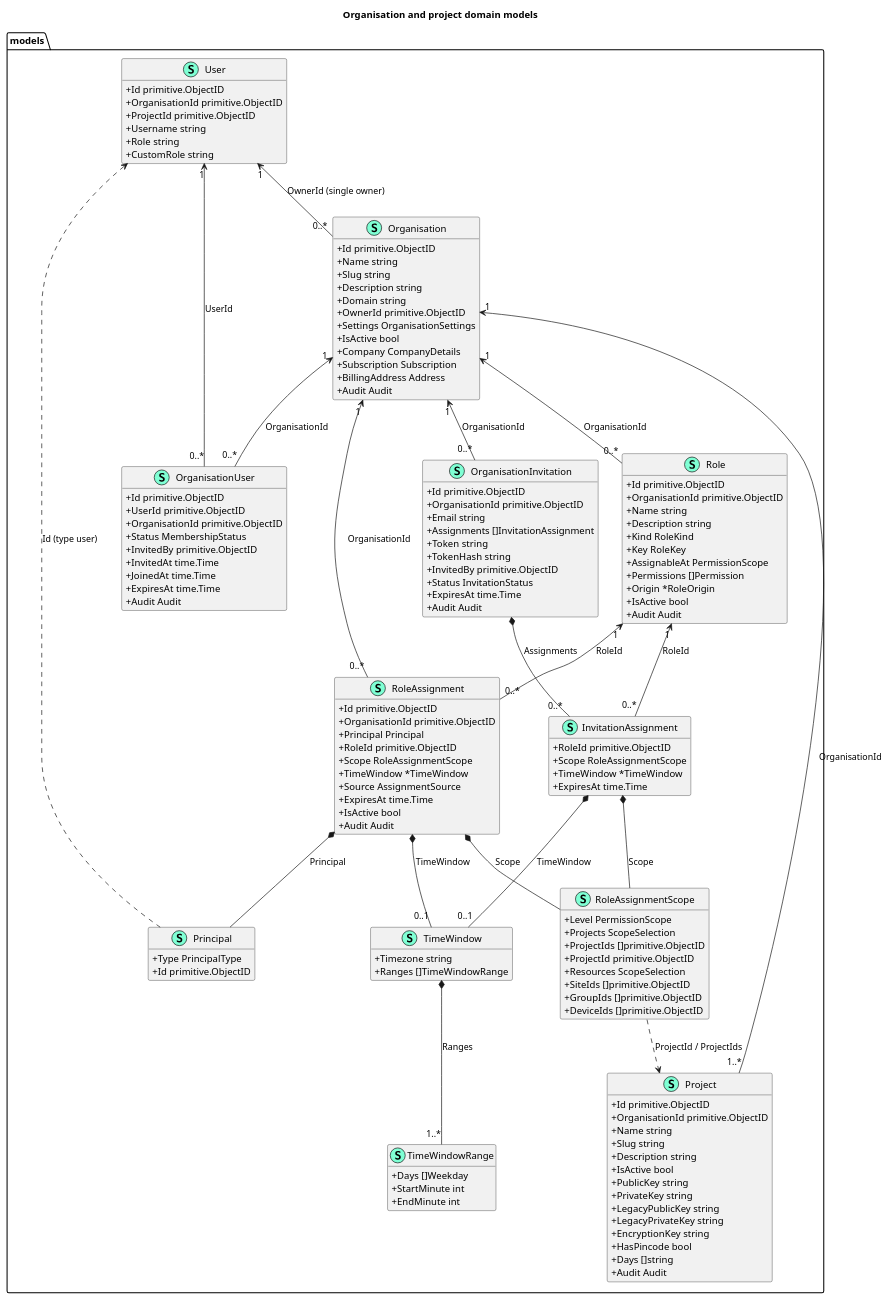
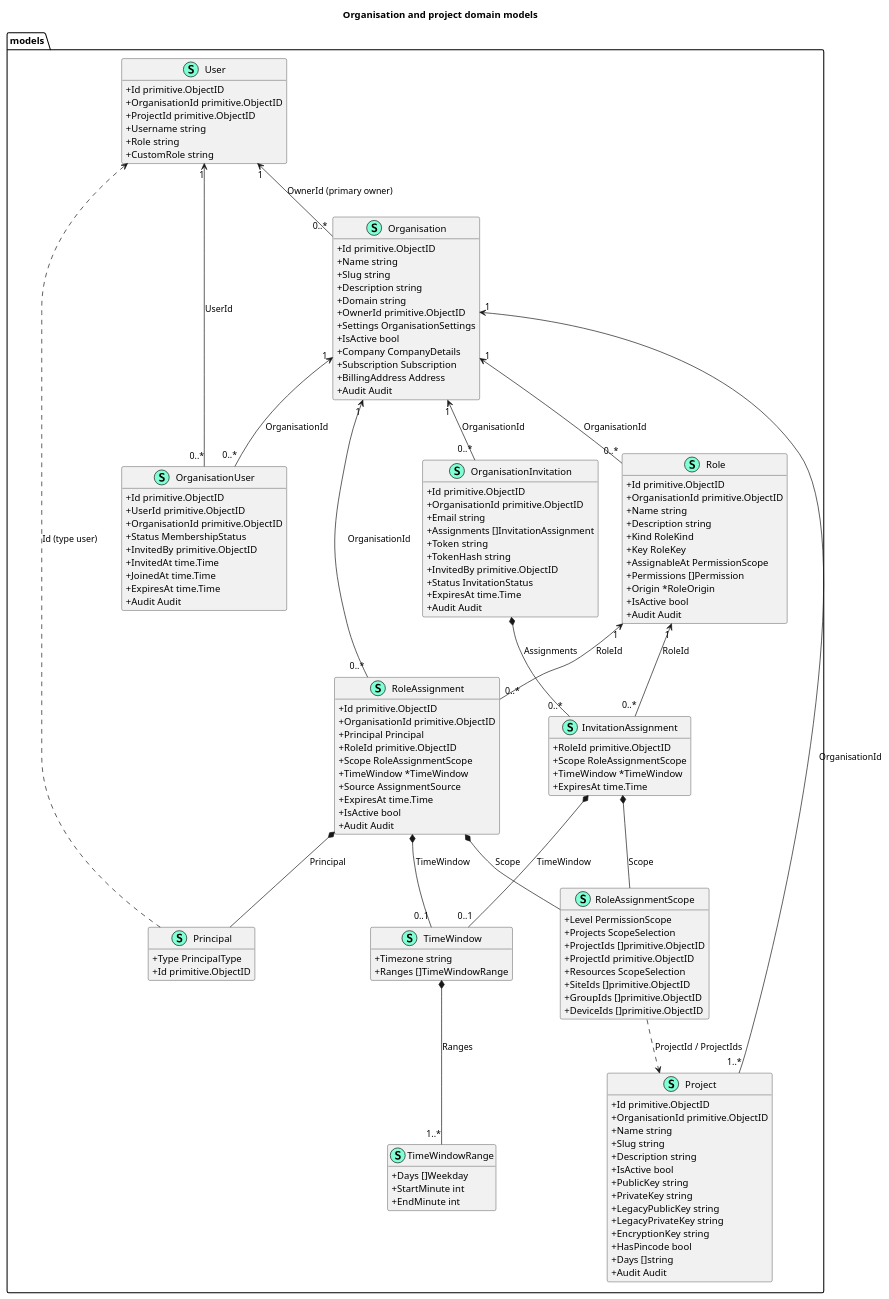
One commit to uug-ai/learn changed the diagram in app/content/docs/hub/organisations/organisation-project.puml. Above: the diagram before and after it, drawn with PlantUML. The commit also changed 2 other files, not shown here.

Commit message:
docs: describe ownership as the Owner role with a primary owner (#113)
Owners are now role assignments (several allowed, at least one), and
ownerId names the primary owner.

```diff
--- a/app/content/docs/hub/organisations/organisation-project.puml
+++ b/app/content/docs/hub/organisations/organisation-project.puml
@@ -1,176 +1,176 @@
 @startuml
 title Organisation and project domain models
 top to bottom direction
 skinparam classAttributeIconSize 0
 skinparam shadowing false
 hide methods
 namespace models {
     class "User" << (S,Aquamarine) >> {
         + Id primitive.ObjectID
         + OrganisationId primitive.ObjectID
         + ProjectId primitive.ObjectID
         + Username string
         + Role string
         + CustomRole string
 
         + WithTimezone()
 
     }
     class "Organisation" << (S,Aquamarine) >> {
         + Id primitive.ObjectID
         + Name string
         + Slug string
         + Description string
         + Domain string
         + OwnerId primitive.ObjectID
         + Settings OrganisationSettings
         + IsActive bool
         + Company CompanyDetails
         + Subscription Subscription
         + BillingAddress Address
         + Audit Audit
 
-        + IsOwner(userId primitive.ObjectID) bool
+        + IsPrimaryOwner(userId primitive.ObjectID) bool
 
     }
     class "Project" << (S,Aquamarine) >> {
         + Id primitive.ObjectID
         + OrganisationId primitive.ObjectID
         + Name string
         + Slug string
         + Description string
         + IsActive bool
         + PublicKey string
         + PrivateKey string
         + LegacyPublicKey string
         + LegacyPrivateKey string
         + EncryptionKey string
         + HasPincode bool
         + Days []string
         + Audit Audit
 
     }
     class "OrganisationUser" << (S,Aquamarine) >> {
         + Id primitive.ObjectID
         + UserId primitive.ObjectID
         + OrganisationId primitive.ObjectID
         + Status MembershipStatus
         + InvitedBy primitive.ObjectID
         + InvitedAt time.Time
         + JoinedAt time.Time
         + ExpiresAt time.Time
         + Audit Audit
 
         + IsExpired() bool
         + IsEffectivelyActive() bool
 
     }
     class "Role" << (S,Aquamarine) >> {
         + Id primitive.ObjectID
         + OrganisationId primitive.ObjectID
         + Name string
         + Description string
         + Kind RoleKind
         + Key RoleKey
         + AssignableAt PermissionScope
         + Permissions []Permission
         + Origin *RoleOrigin
         + IsActive bool
         + Audit Audit
 
         + ValidatePermissions() error
         + Validate() error
         + RequiresAllProjects() bool
 
     }
     class "RoleAssignment" << (S,Aquamarine) >> {
         + Id primitive.ObjectID
         + OrganisationId primitive.ObjectID
         + Principal Principal
         + RoleId primitive.ObjectID
         + Scope RoleAssignmentScope
         + TimeWindow *TimeWindow
         + Source AssignmentSource
         + ExpiresAt time.Time
         + IsActive bool
         + Audit Audit
 
         + IsExpired() bool
         + IsEffectivelyActive() bool
         + Validate(role Role) error
 
     }
     class "Principal" << (S,Aquamarine) >> {
         + Type PrincipalType
         + Id primitive.ObjectID
 
     }
     class "RoleAssignmentScope" << (S,Aquamarine) >> {
         + Level PermissionScope
         + Projects ScopeSelection
         + ProjectIds []primitive.ObjectID
         + ProjectId primitive.ObjectID
         + Resources ScopeSelection
         + SiteIds []primitive.ObjectID
         + GroupIds []primitive.ObjectID
         + DeviceIds []primitive.ObjectID
 
         + Validate() error
         + ValidateFor(role Role) error
 
     }
     class "TimeWindow" << (S,Aquamarine) >> {
         + Timezone string
         + Ranges []TimeWindowRange
 
         + Validate() error
         + Allows(at time.Time) (bool, error)
 
     }
     class "TimeWindowRange" << (S,Aquamarine) >> {
         + Days []Weekday
         + StartMinute int
         + EndMinute int
 
     }
     class "OrganisationInvitation" << (S,Aquamarine) >> {
         + Id primitive.ObjectID
         + OrganisationId primitive.ObjectID
         + Email string
         + Assignments []InvitationAssignment
         + Token string
         + TokenHash string
         + InvitedBy primitive.ObjectID
         + Status InvitationStatus
         + ExpiresAt time.Time
         + Audit Audit
 
     }
     class "InvitationAssignment" << (S,Aquamarine) >> {
         + RoleId primitive.ObjectID
         + Scope RoleAssignmentScope
         + TimeWindow *TimeWindow
         + ExpiresAt time.Time
 
     }
 }
 ' Relationships below are explicit domain references, not inferred by GoPlantUML.
-models.User "1" <-- "0..*" models.Organisation : OwnerId (single owner)
+models.User "1" <-- "0..*" models.Organisation : OwnerId (primary owner)
 models.Organisation "1" <-- "1..*" models.Project : OrganisationId
 models.User "1" <-- "0..*" models.OrganisationUser : UserId
 models.Organisation "1" <-- "0..*" models.OrganisationUser : OrganisationId
 models.Organisation "1" <-- "0..*" models.Role : OrganisationId
 models.Organisation "1" <-- "0..*" models.RoleAssignment : OrganisationId
 models.Role "1" <-- "0..*" models.RoleAssignment : RoleId
 models.RoleAssignment *-- models.Principal : Principal
 models.Principal ..> models.User : Id (type user)
 models.RoleAssignment *-- models.RoleAssignmentScope : Scope
 models.RoleAssignment *-- "0..1" models.TimeWindow : TimeWindow
 models.TimeWindow *-- "1..*" models.TimeWindowRange : Ranges
 models.Organisation "1" <-- "0..*" models.OrganisationInvitation : OrganisationId
 models.OrganisationInvitation *-- "0..*" models.InvitationAssignment : Assignments
 models.Role "1" <-- "0..*" models.InvitationAssignment : RoleId
 models.InvitationAssignment *-- models.RoleAssignmentScope : Scope
 models.InvitationAssignment *-- "0..1" models.TimeWindow : TimeWindow
 models.RoleAssignmentScope ..> models.Project : ProjectId / ProjectIds
 @enduml
```
